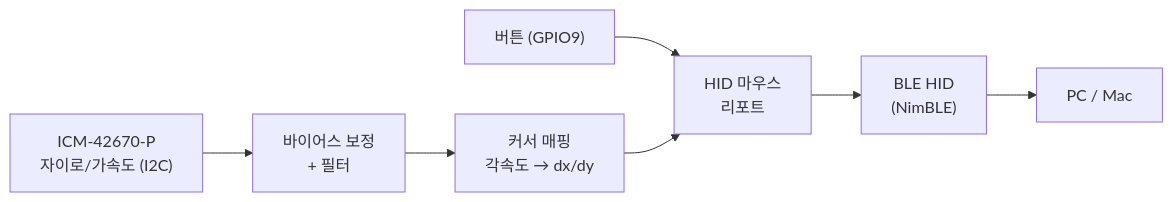
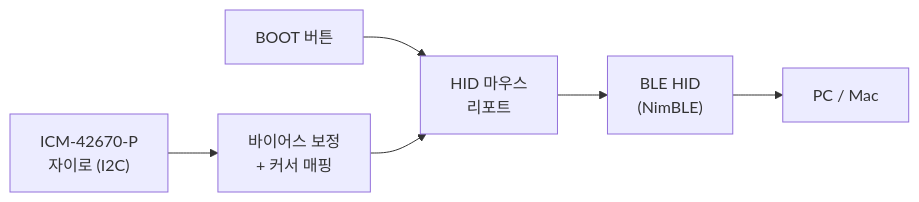
One commit to barmi/esp32c3-airmouse changed the diagram in README.md. Above: the diagram before and after it, drawn with Mermaid. The commit also changed other lines of this file and 7 other files, not shown here.

Commit message:
Organize documentation into docs/ with usage, tuning, hardware, development, and architecture guides

````diff
--- a/README.md
+++ b/README.md
@@ -11,9 +7,8 @@
 ```mermaid
 flowchart LR
-    IMU["ICM-42670-P<br/>자이로/가속도 (I2C)"] --> Cal["바이어스 보정<br/>+ 필터"]
-    Cal --> Map["커서 매핑<br/>각속도 → dx/dy"]
-    Btn["버튼 (GPIO9)"] --> Report
+    IMU["ICM-42670-P<br/>자이로 (I2C)"] --> Map["바이어스 보정<br/>+ 커서 매핑"]
+    Btn["BOOT 버튼"] --> Report
     Map --> Report["HID 마우스<br/>리포트"]
     Report --> BLE["BLE HID<br/>(NimBLE)"]
     BLE --> Host["PC / Mac"]
 ```
````
